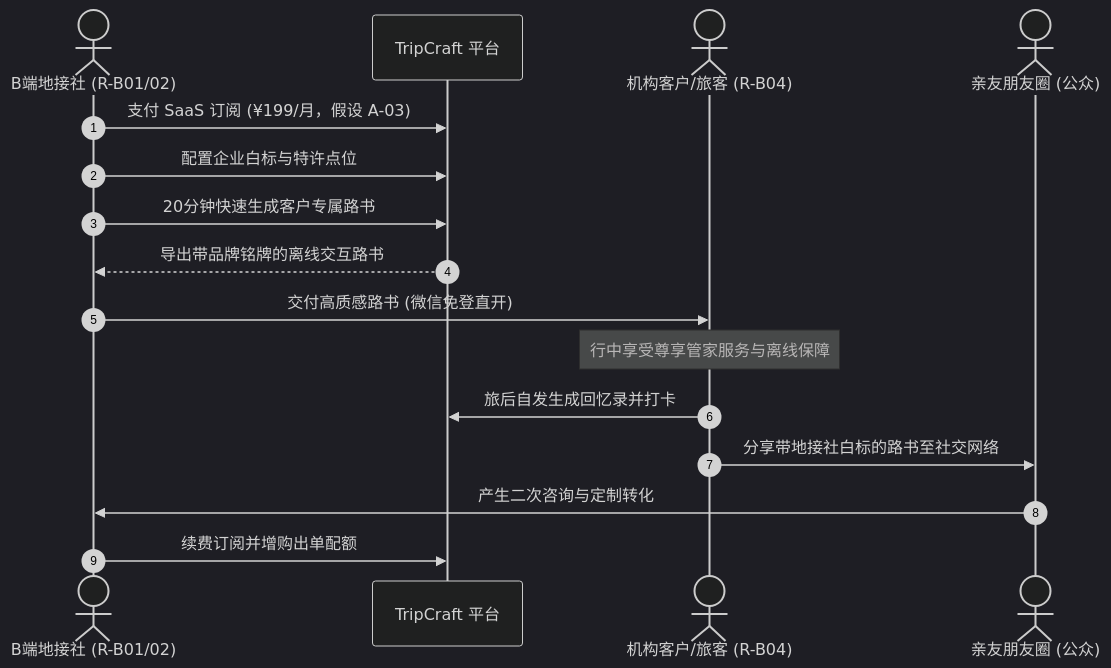
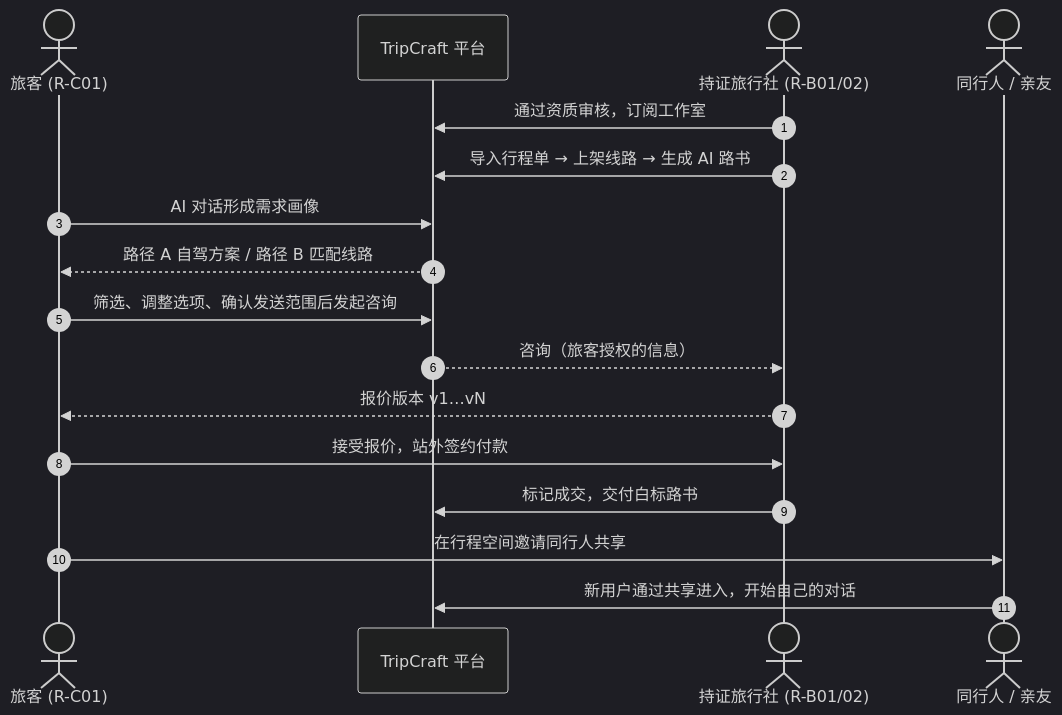
The second of 2 diagrams in docs/product/PRD-05-business-model.md (JohnMaxwell0123/TripCraft), drawn with Mermaid (dark theme) before and after one commit. The commit also changed other lines of this file and 55 other files, not shown here.

````diff
--- a/docs/product/PRD-05-business-model.md
+++ b/docs/product/PRD-05-business-model.md
@@ -60,19 +68,20 @@
 ```mermaid
 sequenceDiagram
     autonumber
-    actor B as B端地接社 (R-B01/02)
+    actor C as 旅客 (R-C01)
     participant S as TripCraft 平台
-    actor C as 机构客户/旅客 (R-B04)
-    actor F as 亲友朋友圈 (公众)
+    actor B as 持证旅行社 (R-B01/02)
+    actor F as 同行人 / 亲友
 
-    B->>S: 支付 SaaS 订阅 (¥199/月，假设 A-03)
-    B->>S: 配置企业白标与特许点位
-    B->>S: 20分钟快速生成客户专属路书
-    S-->>B: 导出带品牌铭牌的离线交互路书
-    B->>C: 交付高质感路书 (微信免登直开)
-    Note over C: 行中享受尊享管家服务与离线保障
-    C->>S: 旅后自发生成回忆录并打卡
-    C->>F: 分享带地接社白标的路书至社交网络
-    F->>B: 产生二次咨询与定制转化
-    B->>S: 续费订阅并增购出单配额
+    B->>S: 通过资质审核，订阅工作室
+    B->>S: 导入行程单 → 上架线路 → 生成 AI 路书
+    C->>S: AI 对话形成需求画像
+    S-->>C: 路径 A 自驾方案 / 路径 B 匹配线路
+    C->>S: 筛选、调整选项、确认发送范围后发起咨询
+    S-->>B: 咨询（旅客授权的信息）
+    B-->>C: 报价版本 v1…vN
+    C->>B: 接受报价，站外签约付款
+    B->>S: 标记成交，交付白标路书
+    C->>F: 在行程空间邀请同行人共享
+    F->>S: 新用户通过共享进入，开始自己的对话
 ```
````
